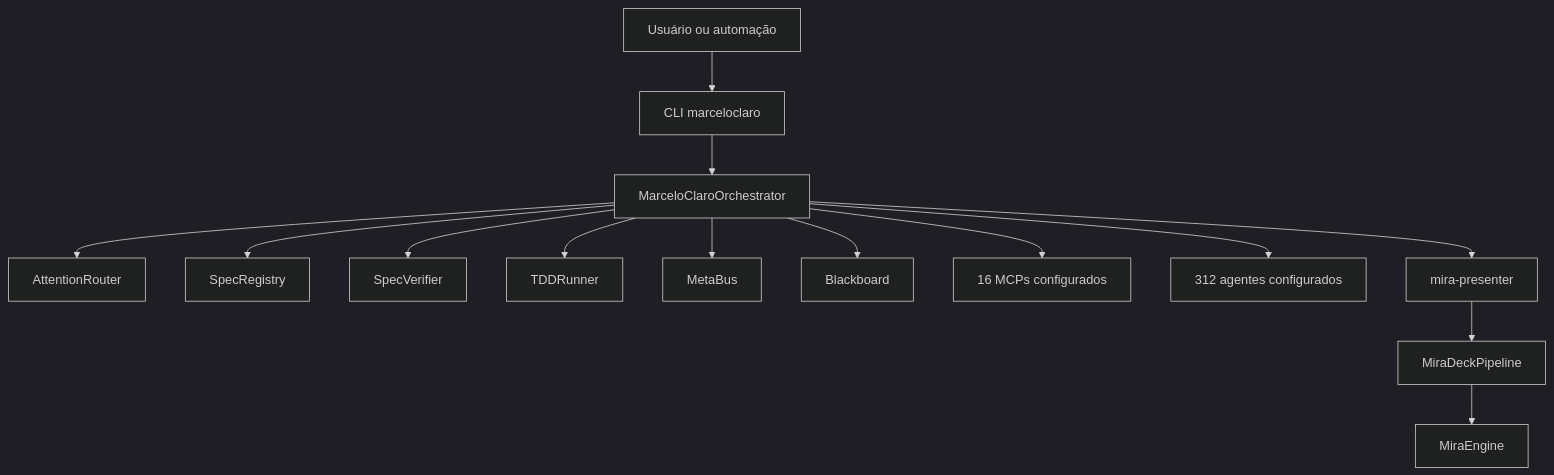
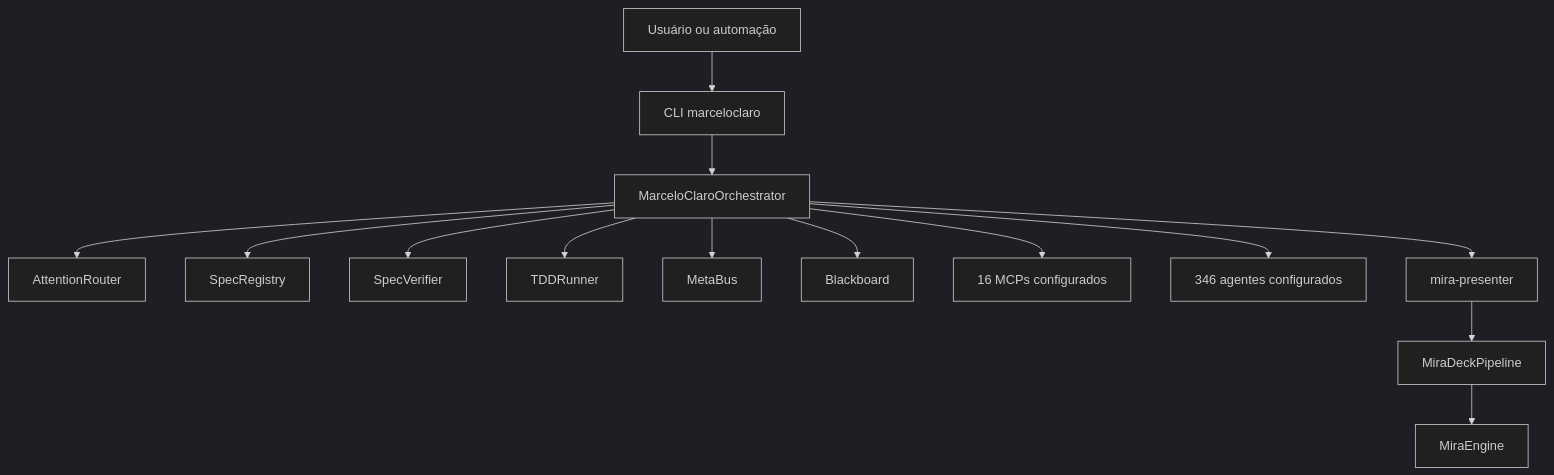
The third of 20 diagrams in README.md (MarceloClaro/opencode-ecosystem-core), drawn with Mermaid (dark theme) before and after one commit. The commit also changed other lines of this file and 88 other files, not shown here.

````diff
--- a/README.md
+++ b/README.md
@@ -486,16 +492,16 @@
 ```mermaid
 flowchart TB
     Usuario2[Usuário ou automação] --> CLI2[CLI marceloclaro]
     CLI2 --> Orq2[MarceloClaroOrchestrator]
     Orq2 --> Router[AttentionRouter]
     Orq2 --> SpecRegistry2[SpecRegistry]
     Orq2 --> SpecVerifier2[SpecVerifier]
     Orq2 --> TDDRunner2[TDDRunner]
     Orq2 --> MetaBus2[MetaBus]
     Orq2 --> Blackboard2[Blackboard]
     Orq2 --> MCP2[16 MCPs configurados]
-    Orq2 --> Agents2[312 agentes configurados]
+    Orq2 --> Agents2[346 agentes configurados]
     Orq2 --> Mira2[mira-presenter]
     Mira2 --> Deck2[MiraDeckPipeline]
     Deck2 --> Engine2[MiraEngine]
 ```
````
